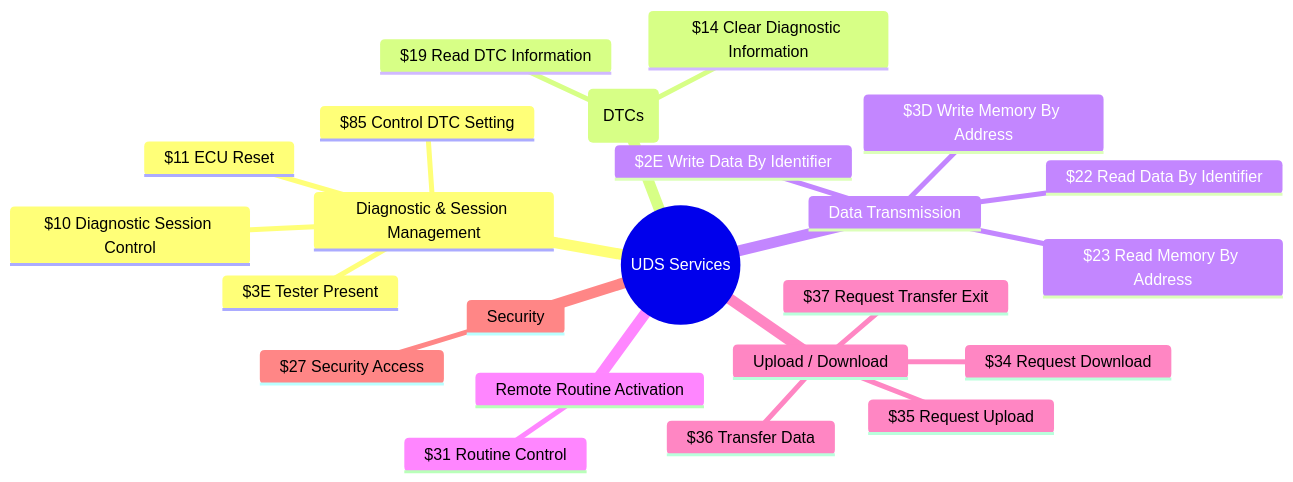
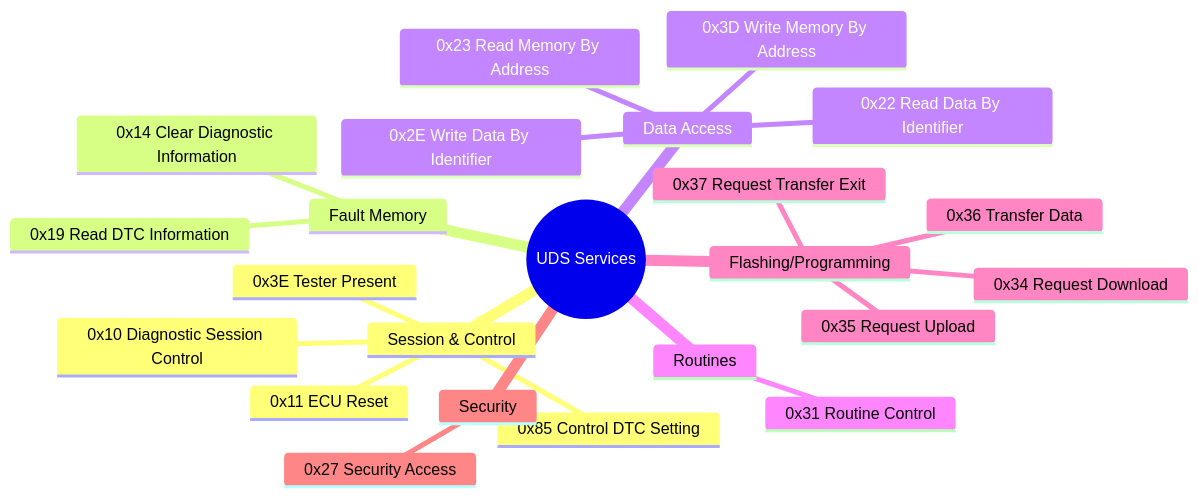
Before and after one commit to chaitu-ycr/notes: the diagram in UDS/readme.md, drawn with Mermaid. The commit also changed other lines of this file and 92 other files, not shown here.

Commit message:
feat: Add extensive examples and documentation for GitHub Actions, PlantUML, UDS, CAN, Jenkins, and Vector CAPL.

````diff
--- a/UDS/readme.md
+++ b/UDS/readme.md
@@ -23,26 +21,26 @@
 ```mermaid
 mindmap
   root((UDS Services))
-    Diagnostic & Session Management
-      $10 Diagnostic Session Control
-      $11 ECU Reset
-      $3E Tester Present
-      $85 Control DTC Setting
-    Fault Memory (DTCs)
-      $19 Read DTC Information
-      $14 Clear Diagnostic Information
-    Data Transmission
-      $22 Read Data By Identifier
-      $2E Write Data By Identifier
-      $23 Read Memory By Address
-      $3D Write Memory By Address
-    Remote Routine Activation
-      $31 Routine Control
-    Upload / Download
-      $34 Request Download
-      $35 Request Upload
-      $36 Transfer Data
-      $37 Request Transfer Exit
+    Session & Control
+      0x10 Diagnostic Session Control
+      0x11 ECU Reset
+      0x3E Tester Present
+      0x85 Control DTC Setting
+    Fault Memory
+      0x19 Read DTC Information
+      0x14 Clear Diagnostic Information
+    Data Access
+      0x22 Read Data By Identifier
+      0x2E Write Data By Identifier
+      0x23 Read Memory By Address
+      0x3D Write Memory By Address
+    Routines
+      0x31 Routine Control
+    Flashing/Programming
+      0x34 Request Download
+      0x35 Request Upload
+      0x36 Transfer Data
+      0x37 Request Transfer Exit
     Security
-      $27 Security Access
+      0x27 Security Access
 ```
````
